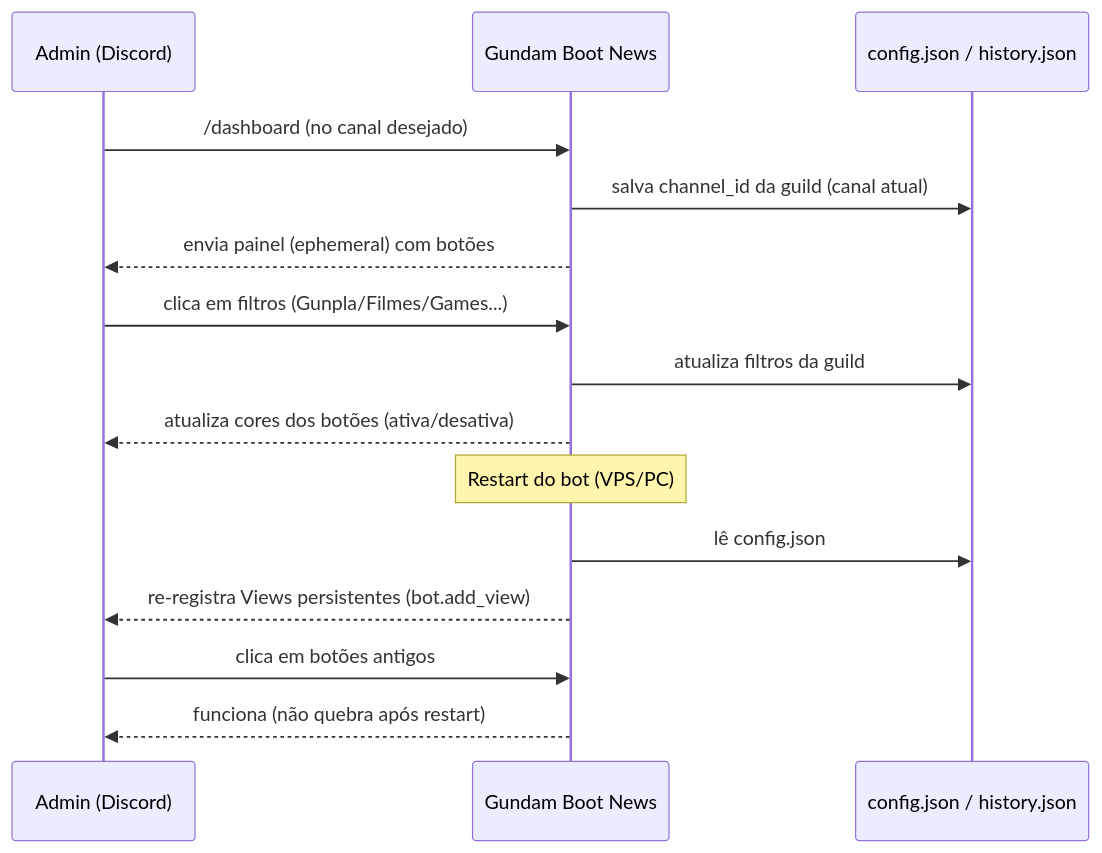
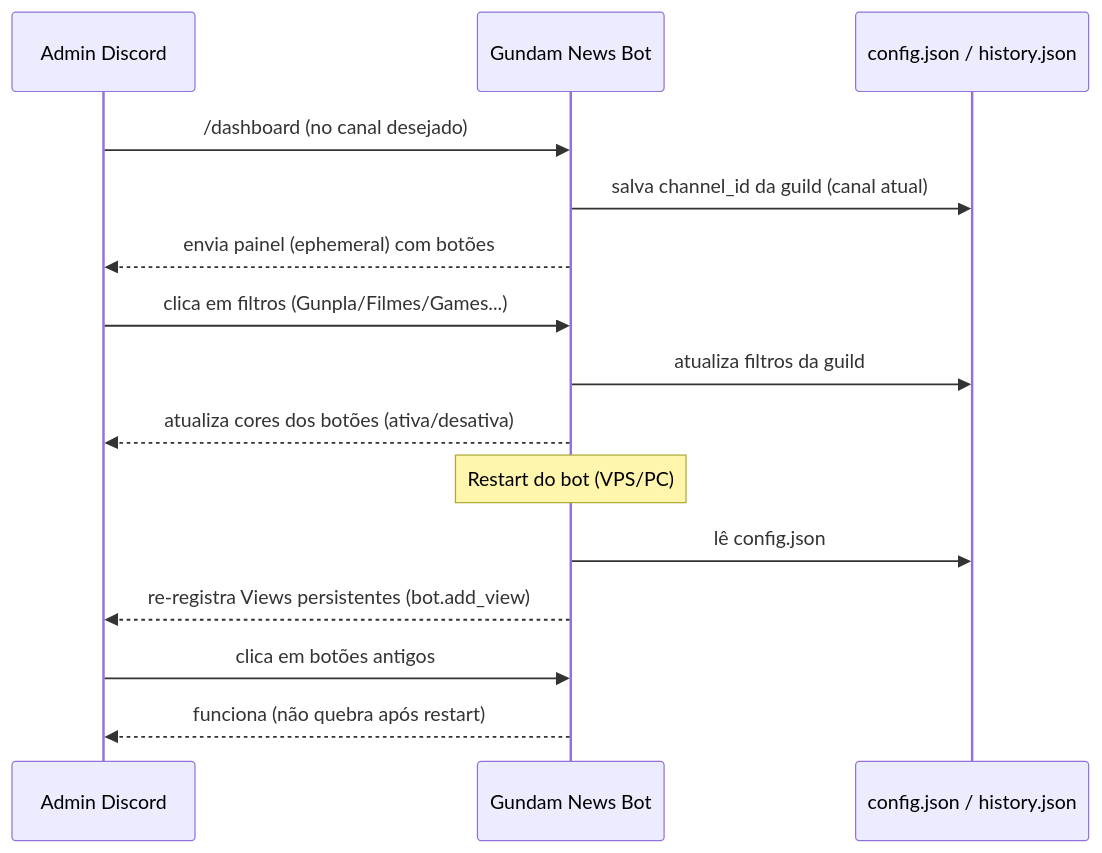
One commit to carmipa/gundam-news-discord changed the second of 4 diagrams in README.md. Above: the diagram before and after it, drawn with Mermaid. The commit also changed other lines of this file and 1 other file, not shown here.

````diff
--- a/README.md
+++ b/README.md
@@ -55,19 +82,19 @@
 ```mermaid
 sequenceDiagram
-  participant Admin as Admin (Discord)
-  participant Bot as Gundam Boot News
+  participant Admin as Admin Discord
+  participant Bot as Gundam News Bot
   participant Disk as config.json / history.json
 
   Admin->>Bot: /dashboard (no canal desejado)
   Bot->>Disk: salva channel_id da guild (canal atual)
   Bot-->>Admin: envia painel (ephemeral) com botões
   Admin->>Bot: clica em filtros (Gunpla/Filmes/Games...)
   Bot->>Disk: atualiza filtros da guild
   Bot-->>Admin: atualiza cores dos botões (ativa/desativa)
 
   Note over Bot: Restart do bot (VPS/PC)
   Bot->>Disk: lê config.json
   Bot-->>Admin: re-registra Views persistentes (bot.add_view)
   Admin->>Bot: clica em botões antigos
   Bot-->>Admin: funciona (não quebra após restart)
 ```
````
